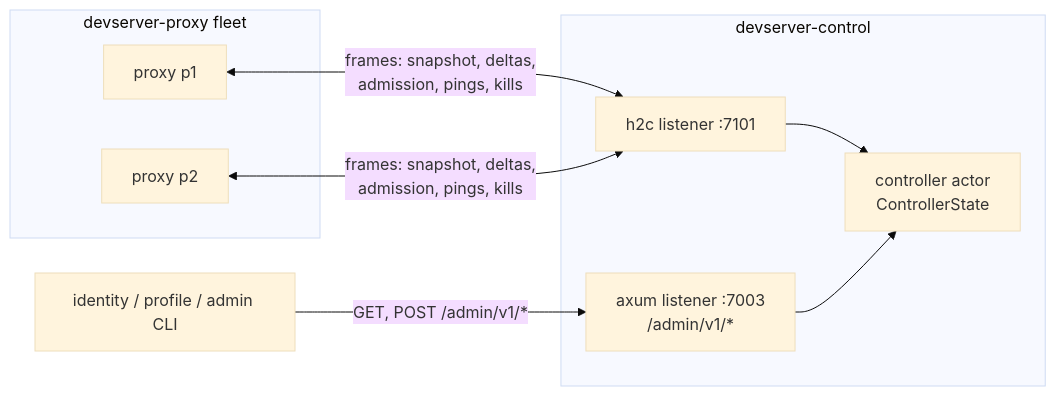
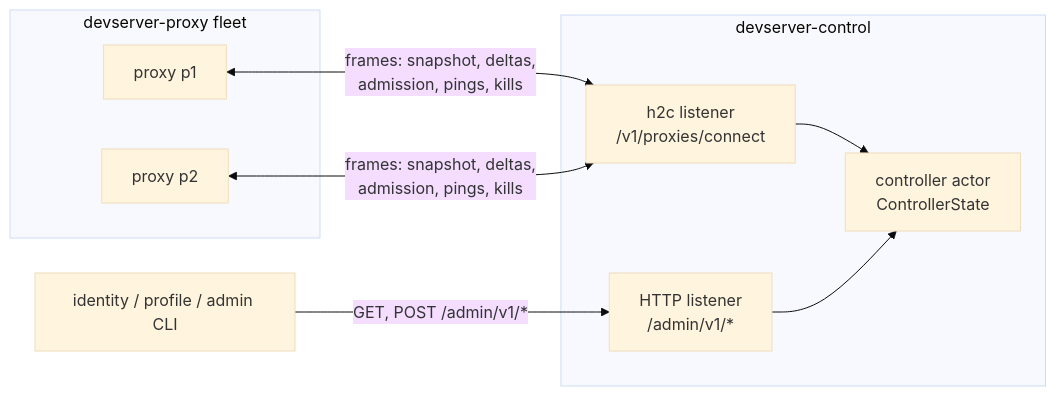
The first of 2 diagrams in gateway/crates/devserver-control/design.md (fiorix/chan), drawn with Mermaid (base theme) before and after one commit. The commit also changed other lines of this file and 19 other files, not shown here.

````diff
--- a/gateway/crates/devserver-control/design.md
+++ b/gateway/crates/devserver-control/design.md
@@ -24,17 +24,17 @@
 ```mermaid
 flowchart LR
     subgraph PX[devserver-proxy fleet]
         P1[proxy p1]
         P2[proxy p2]
     end
     subgraph CTL[devserver-control]
-        SRV[h2c listener :7101]
-        ACT[controller actor\nControllerState]
-        HTTP[axum listener :7003\n/admin/v1/*]
+        SRV["h2c listener<br/>/v1/proxies/connect"]
+        ACT["controller actor<br/>ControllerState"]
+        HTTP["HTTP listener<br/>/admin/v1/*"]
     end
-    P1 <-->|"frames: snapshot, deltas,\nadmission, pings, kills"| SRV
-    P2 <-->|"frames: snapshot, deltas,\nadmission, pings, kills"| SRV
+    P1 <-->|"frames: snapshot, deltas,<br/>admission, pings, kills"| SRV
+    P2 <-->|"frames: snapshot, deltas,<br/>admission, pings, kills"| SRV
     SRV --> ACT
     HTTP --> ACT
-    ID[identity / profile / admin CLI] -->|GET, POST /admin/v1/*| HTTP
+    ID["identity / profile / admin CLI"] -->|"GET, POST /admin/v1/*"| HTTP
 ```
````
